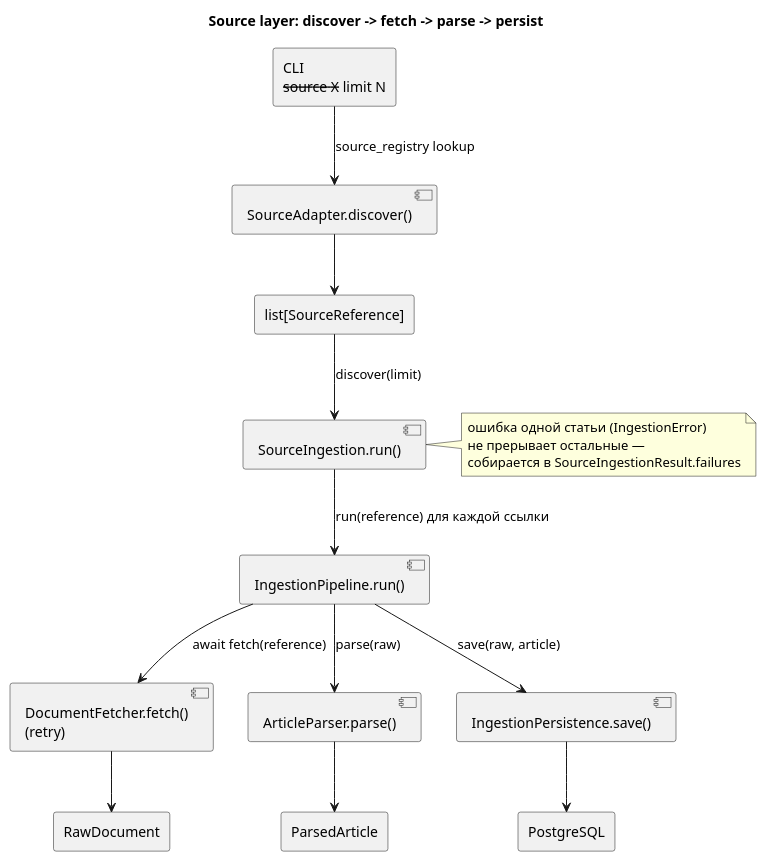
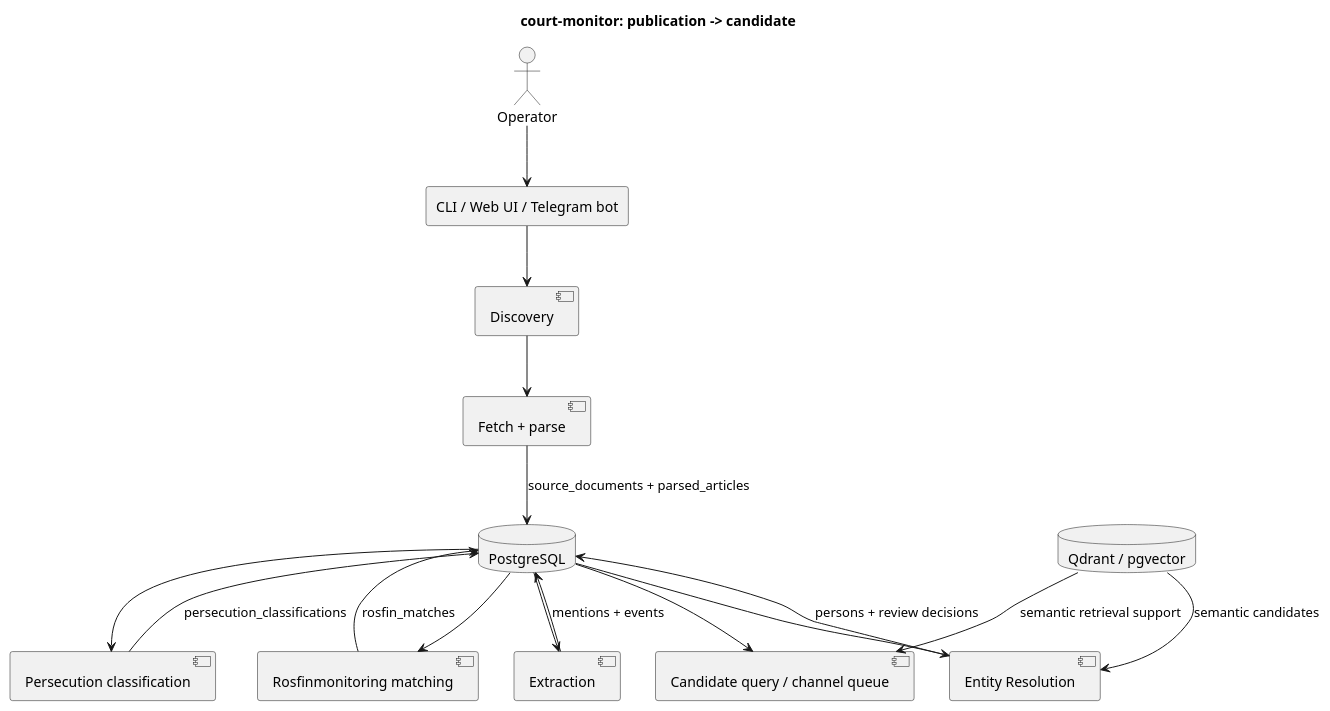
The diagram in docs/wiki/Overview.md (megannnn98/court-monitor), drawn with PlantUML before and after one commit. The commit also changed other lines of this file and 26 other files, not shown here.

````diff
--- a/docs/wiki/Overview.md
+++ b/docs/wiki/Overview.md
@@ -5,35 +37,33 @@
 ```plantuml
 @startuml
-title Source layer: discover -> fetch -> parse -> persist
+title court-monitor: publication -> candidate
 
-rectangle "CLI\n--source X --limit N" as CLI
-component "SourceAdapter.discover()" as Discover
-rectangle "list[SourceReference]" as References
-component "SourceIngestion.run()" as Ingestion
-component "IngestionPipeline.run()" as Pipeline
-component "DocumentFetcher.fetch()\n(retry)" as Fetcher
-rectangle "RawDocument" as Raw
-component "ArticleParser.parse()" as Parser
-rectangle "ParsedArticle" as Article
-component "IngestionPersistence.save()" as Persistence
-rectangle "PostgreSQL" as DB
+actor Operator
+rectangle "CLI / Web UI / Telegram bot" as Entry
+component "Discovery" as Discovery
+component "Fetch + parse" as Parse
+component "Extraction" as Extraction
+component "Entity Resolution" as ER
+component "Persecution classification" as Persecution
+component "Rosfinmonitoring matching" as RF
+component "Candidate query / channel queue" as Candidates
+database "PostgreSQL" as DB
+database "Qdrant / pgvector" as Vectors
 
-CLI --> Discover : source_registry lookup
-Discover --> References
-References --> Ingestion : discover(limit)
-Ingestion --> Pipeline : run(reference) для каждой ссылки
-Pipeline --> Fetcher : await fetch(reference)
-Fetcher --> Raw
-Pipeline --> Parser : parse(raw)
-Parser --> Article
-Pipeline --> Persistence : save(raw, article)
-Persistence --> DB
-
-note right of Ingestion
-  ошибка одной статьи (IngestionError)
-  не прерывает остальные —
-  собирается в SourceIngestionResult.failures
-end note
-
+Operator --> Entry
+Entry --> Discovery
+Discovery --> Parse
+Parse --> DB : source_documents + parsed_articles
+DB --> Extraction
+Extraction --> DB : mentions + events
+DB --> ER
+ER --> DB : persons + review decisions
+DB --> Persecution
+Persecution --> DB : persecution_classifications
+DB --> RF
+RF --> DB : rosfin_matches
+DB --> Candidates
+Vectors --> ER : semantic candidates
+Vectors --> Candidates : semantic retrieval support
 @enduml
 ```
````
